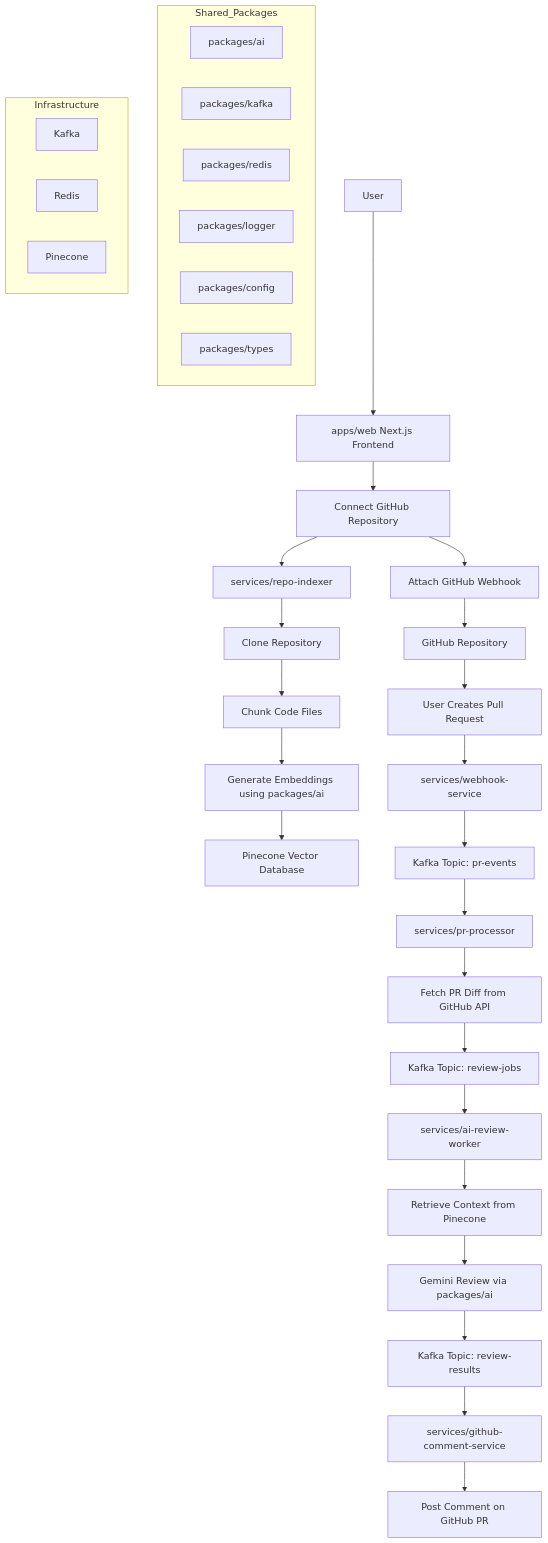
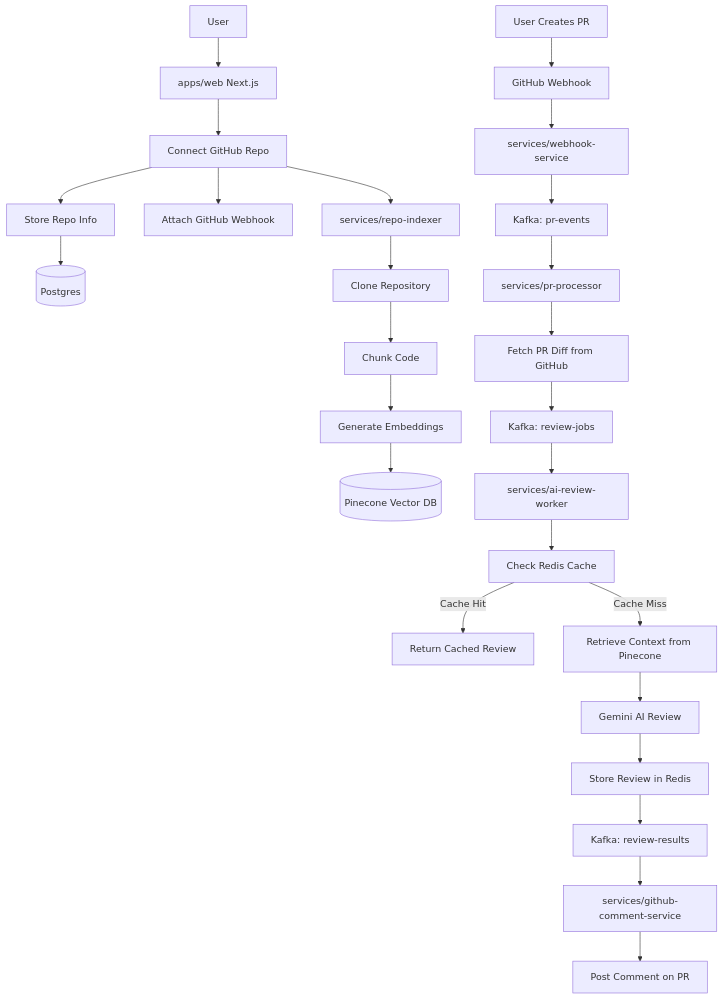
One commit to Thegreatsura/ai-code-review-system changed the diagram in README.md. Above: the diagram before and after it, drawn with Mermaid.

````diff
--- a/README.md
+++ b/README.md
@@ -48,65 +48,56 @@
 ```mermaid
 flowchart TD
 
-    %% ---------- Frontend ----------
-    A[User] --> B[apps/web Next.js Frontend]
+    %% Frontend
+    A[User] --> B[apps/web Next.js]
 
-    B --> C[Connect GitHub Repository]
+    %% Repo connection
+    B --> C[Connect GitHub Repo]
 
-    %% ---------- Repo Setup ----------
-    C --> D[services/repo-indexer]
+    C --> D[Store Repo Info]
+    D --> DB[(Postgres)]
 
-    D --> E[Clone Repository]
-    E --> F[Chunk Code Files]
-    F --> G[Generate Embeddings using packages/ai]
-    G --> H[Pinecone Vector Database]
+    C --> E[Attach GitHub Webhook]
 
-    C --> I[Attach GitHub Webhook]
-    I --> J[GitHub Repository]
+    %% Repo indexing
+    C --> F[services/repo-indexer]
 
-    %% ---------- PR Event ----------
-    J --> K[User Creates Pull Request]
+    F --> G[Clone Repository]
+    G --> H[Chunk Code]
+    H --> I[Generate Embeddings]
+    I --> J[(Pinecone Vector DB)]
 
-    K --> L[services/webhook-service]
+    %% PR event
+    K[User Creates PR] --> L[GitHub Webhook]
 
-    L --> M[Kafka Topic: pr-events]
+    L --> M[services/webhook-service]
 
-    %% ---------- PR Processing ----------
-    M --> N[services/pr-processor]
+    M --> N[Kafka: pr-events]
 
-    N --> O[Fetch PR Diff from GitHub API]
+    %% PR processing
+    N --> O[services/pr-processor]
 
-    O --> P[Kafka Topic: review-jobs]
+    O --> P[Fetch PR Diff from GitHub]
 
-    %% ---------- AI Review ----------
-    P --> Q[services/ai-review-worker]
+    P --> Q[Kafka: review-jobs]
 
-    Q --> R[Retrieve Context from Pinecone]
+    %% AI review worker
+    Q --> R[services/ai-review-worker]
 
-    R --> S[Gemini Review via packages/ai]
+    R --> S[Check Redis Cache]
 
-    S --> T[Kafka Topic: review-results]
+    S -->|Cache Hit| T[Return Cached Review]
 
-    %% ---------- Comment Posting ----------
-    T --> U[services/github-comment-service]
+    S -->|Cache Miss| U[Retrieve Context from Pinecone]
 
-    U --> V[Post Comment on GitHub PR]
+    U --> V[Gemini AI Review]
 
+    V --> W[Store Review in Redis]
 
-    %% ---------- Shared Packages ----------
-    subgraph Shared_Packages
-        W[packages/ai]
-        X[packages/kafka]
-        Y[packages/redis]
-        Z[packages/logger]
-        AA[packages/config]
-        AB[packages/types]
-    end
+    W --> X[Kafka: review-results]
 
-    %% ---------- Infra ----------
-    subgraph Infrastructure
-        AC[Kafka]
-        AD[Redis]
-        AE[Pinecone]
-    end
+    %% Comment service
+    X --> Y[services/github-comment-service]
+
+    Y --> Z[Post Comment on PR]
 ```
````
